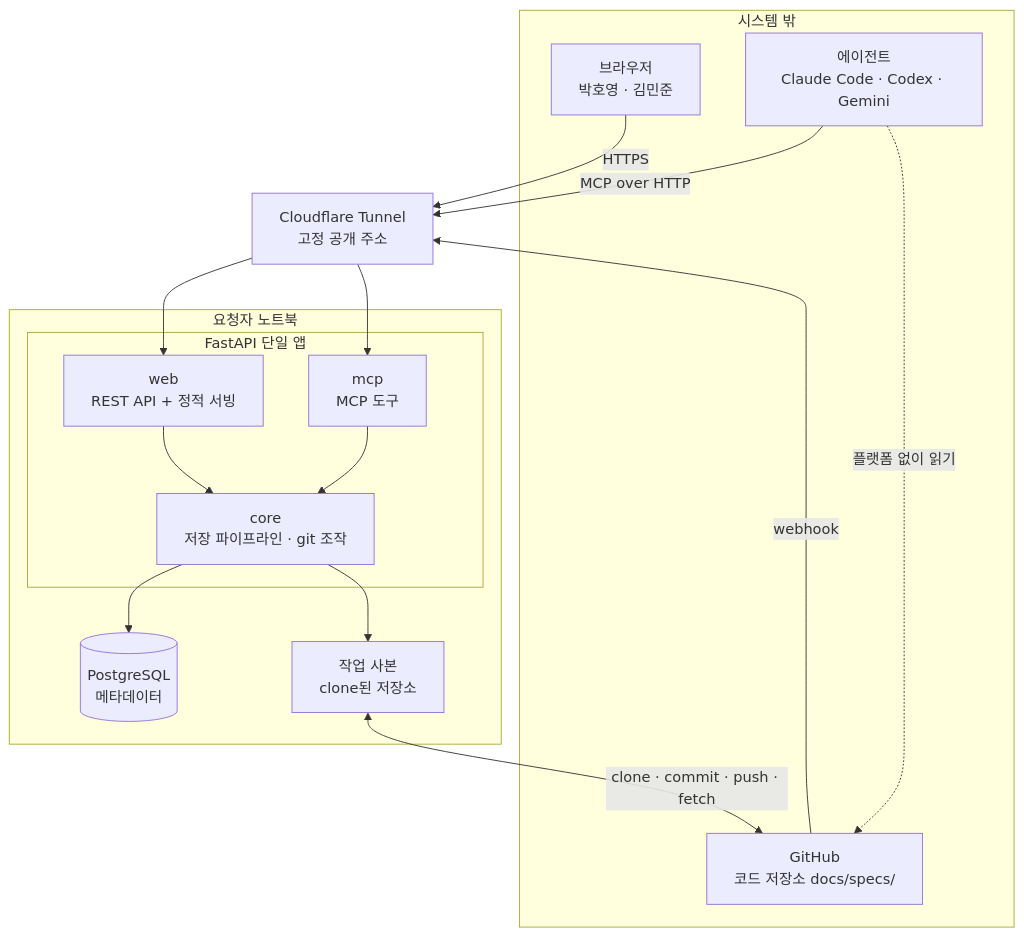
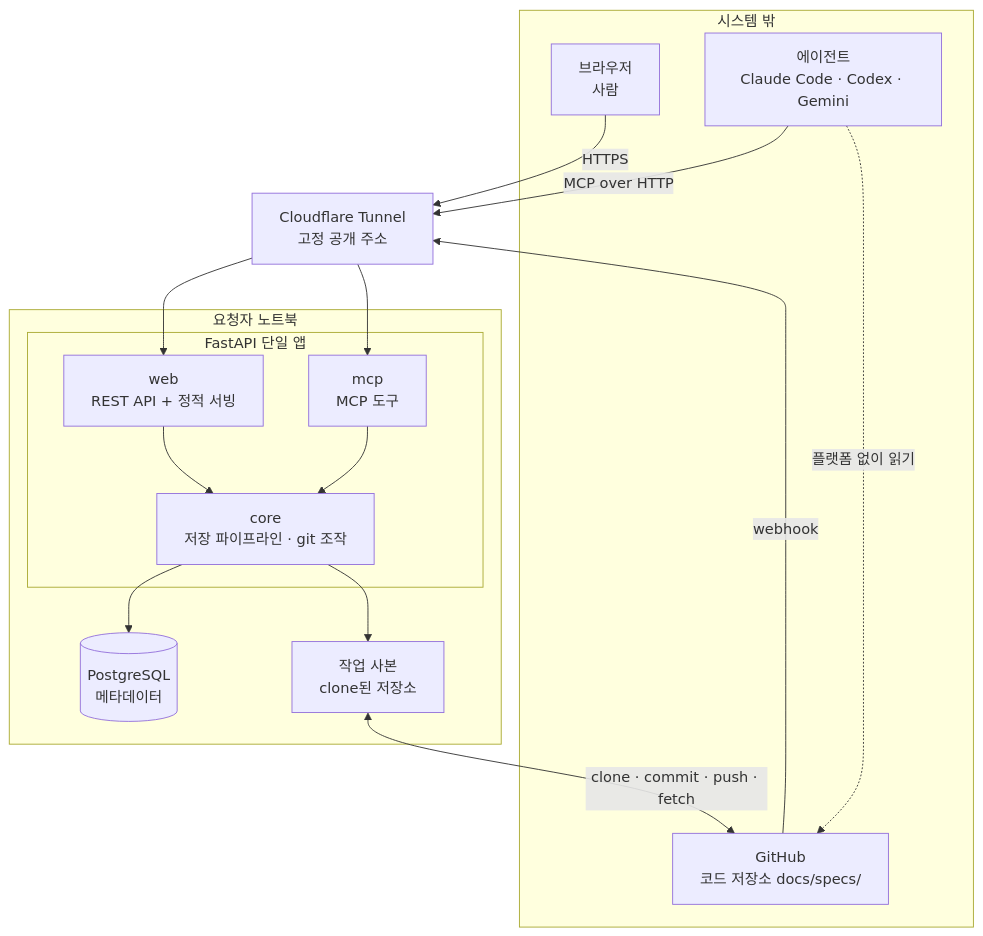
Before and after one commit to HoyoungParkme/syncdoc: the first of 2 diagrams in docs/specs/05-INFRA/SYNC-INFRA-001.md, drawn with Mermaid. The commit also changed other lines of this file and 100 other files, not shown here.

````diff
--- a/docs/specs/05-INFRA/SYNC-INFRA-001.md
+++ b/docs/specs/05-INFRA/SYNC-INFRA-001.md
@@ -69,32 +65,32 @@
 ```mermaid
 graph TB
     subgraph outside["시스템 밖"]
-        BR["브라우저<br/>박호영 · 김민준"]
+        BR["브라우저<br/>사람"]
         AG["에이전트<br/>Claude Code · Codex · Gemini"]
         GH["GitHub<br/>코드 저장소 docs/specs/"]
     end
 
     CF["Cloudflare Tunnel<br/>고정 공개 주소"]
 
     subgraph laptop["요청자 노트북"]
         subgraph app["FastAPI 단일 앱"]
             WEB["web<br/>REST API + 정적 서빙"]
             MCP["mcp<br/>MCP 도구"]
             CORE["core<br/>저장 파이프라인 · git 조작"]
             WEB --> CORE
             MCP --> CORE
         end
         PG[("PostgreSQL<br/>메타데이터")]
         FS["작업 사본<br/>clone된 저장소"]
         CORE --> PG
         CORE --> FS
     end
 
     BR -->|HTTPS| CF
     AG -->|MCP over HTTP| CF
     GH -->|webhook| CF
     CF --> WEB
     CF --> MCP
     FS <-->|clone · commit · push · fetch| GH
     AG -.->|플랫폼 없이 읽기| GH
 ```
````
